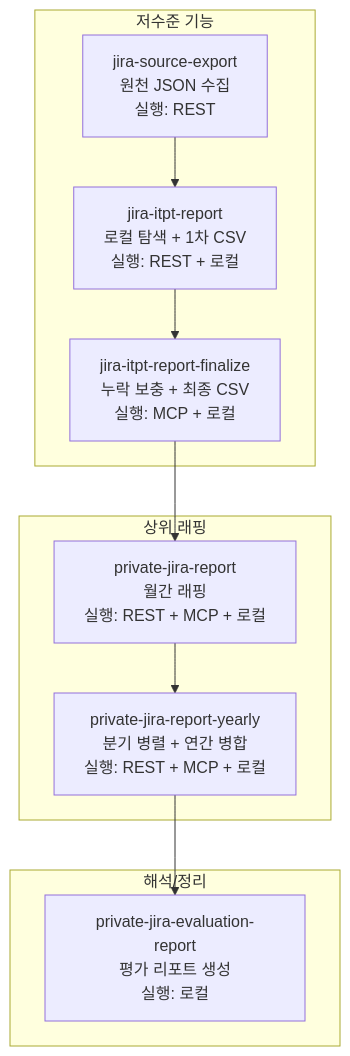
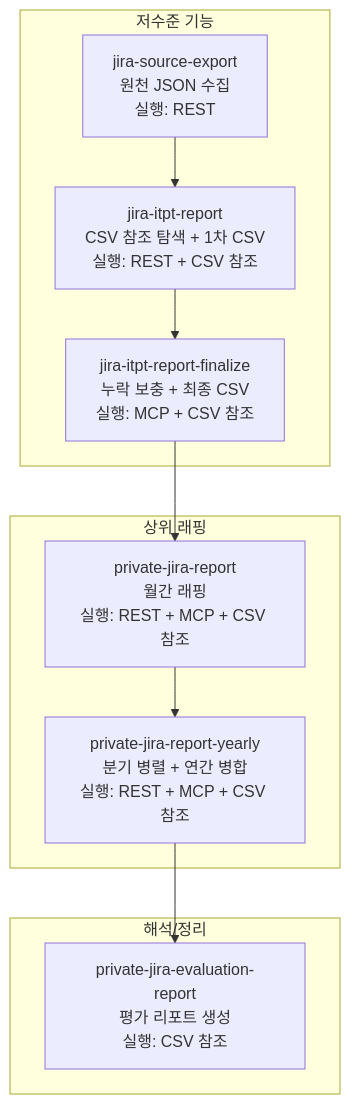
Before and after one commit to TODOTODoTOdoTodotodo/private-jira-report-skills: the diagram in README.md, drawn with Mermaid. The commit also changed other lines of this file, not shown here.

Commit message:
Rename local to CSV reference in README

````diff
--- a/README.md
+++ b/README.md
@@ -157,23 +157,23 @@
 ```mermaid
 flowchart TD
-  A[jira-source-export<br/>원천 JSON 수집<br/>실행: REST] --> B[jira-itpt-report<br/>로컬 탐색 + 1차 CSV<br/>실행: REST + 로컬]
-  B --> C[jira-itpt-report-finalize<br/>누락 보충 + 최종 CSV<br/>실행: MCP + 로컬]
-  C --> D[private-jira-report<br/>월간 래핑<br/>실행: REST + MCP + 로컬]
-  D --> E[private-jira-report-yearly<br/>분기 병렬 + 연간 병합<br/>실행: REST + MCP + 로컬]
-  E --> F[private-jira-evaluation-report<br/>평가 리포트 생성<br/>실행: 로컬]
+  A[jira-source-export<br/>원천 JSON 수집<br/>실행: REST] --> B[jira-itpt-report<br/>CSV 참조 탐색 + 1차 CSV<br/>실행: REST + CSV 참조]
+  B --> C[jira-itpt-report-finalize<br/>누락 보충 + 최종 CSV<br/>실행: MCP + CSV 참조]
+  C --> D[private-jira-report<br/>월간 래핑<br/>실행: REST + MCP + CSV 참조]
+  D --> E[private-jira-report-yearly<br/>분기 병렬 + 연간 병합<br/>실행: REST + MCP + CSV 참조]
+  E --> F[private-jira-evaluation-report<br/>평가 리포트 생성<br/>실행: CSV 참조]
 
   subgraph Base["저수준 기능"]
     A
     B
     C
   end
 
   subgraph Wrapper["상위 래핑"]
     D
     E
   end
 
   subgraph Output["해석/정리"]
     F
   end
 ```
````
